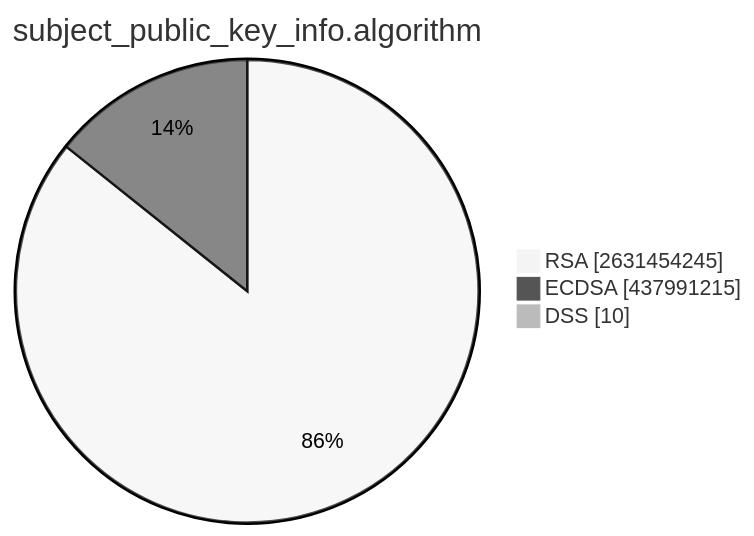
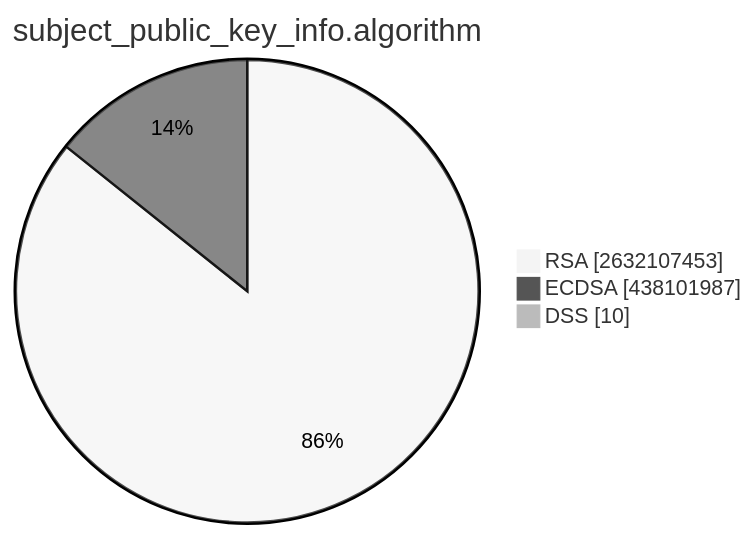
One commit to christiankrug/ctmonitor_visualization changed the second of 15 diagrams in TOTAL/README.md. Above: the diagram before and after it, drawn with Mermaid (neutral theme). The commit also changed other lines of this file, not shown here.

````diff
--- a/TOTAL/README.md
+++ b/TOTAL/README.md
@@ -6,7 +6,7 @@
 ```mermaid
 pie showData
 title subject_public_key_info.algorithm
-"RSA" :2631454245
-"ECDSA" :437991215
+"RSA" :2632107453
+"ECDSA" :438101987
 "DSS" :10
 ```
````
